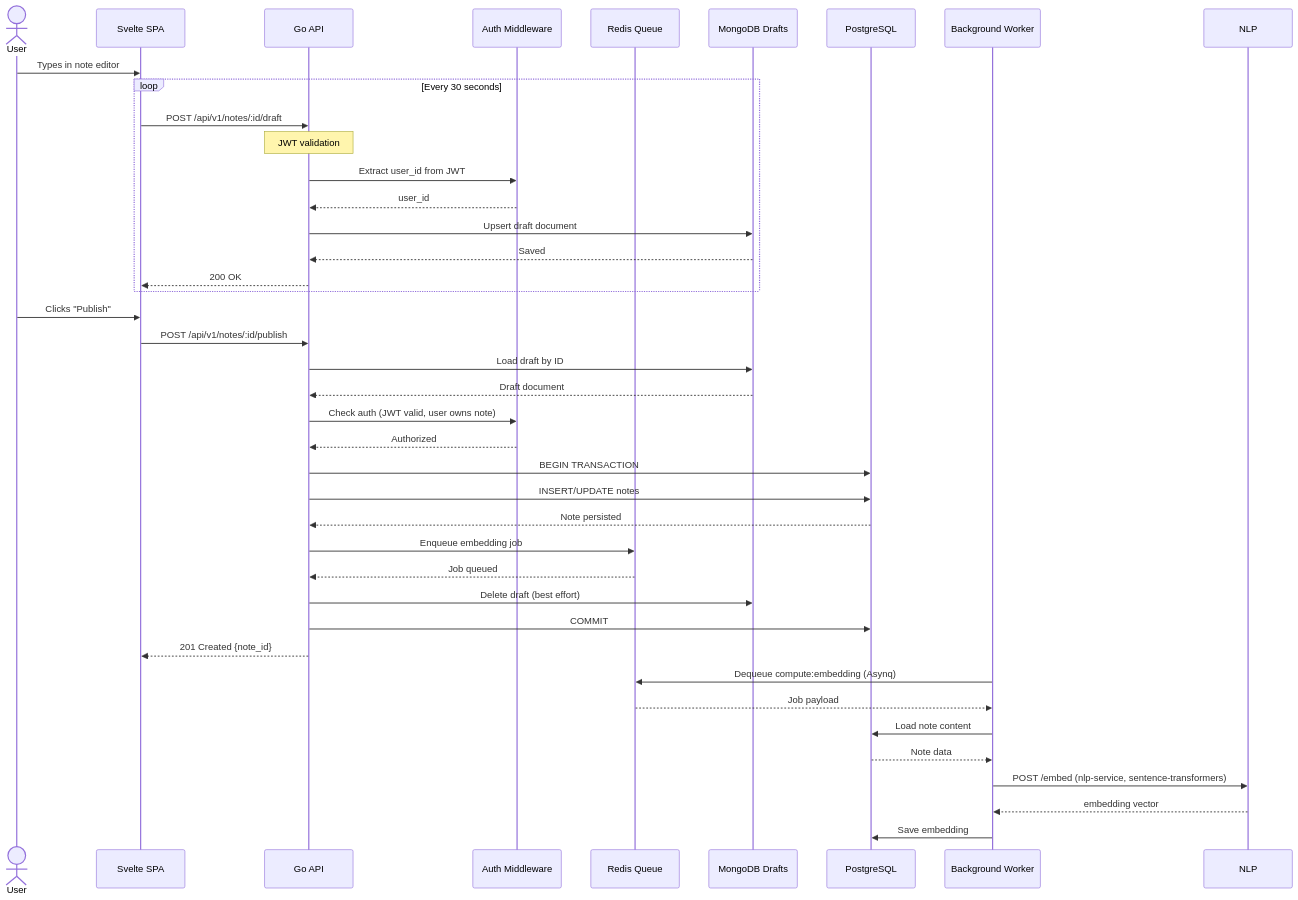
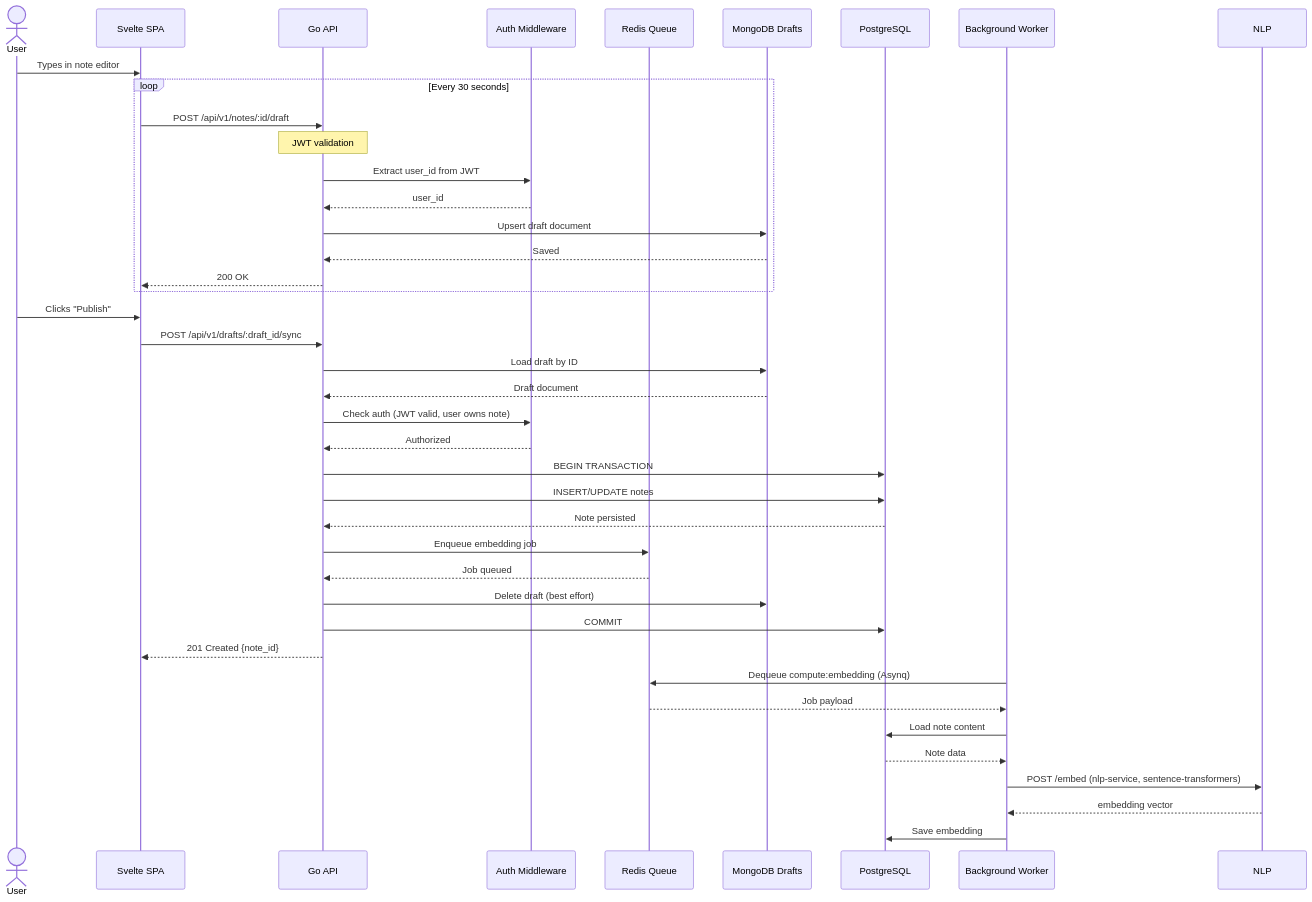
One commit to Killaret/knowledge-graph changed the second of 4 diagrams in docs/architecture/ARCHITECTURE_SUMMARY.md. Above: the diagram before and after it, drawn with Mermaid. The commit also changed other lines of this file and 21 other files, not shown here.

````diff
--- a/docs/architecture/ARCHITECTURE_SUMMARY.md
+++ b/docs/architecture/ARCHITECTURE_SUMMARY.md
@@ -74,49 +74,49 @@
 ```mermaid
 sequenceDiagram
     actor User
     participant Browser as Svelte SPA
     participant API as Go API
     participant Auth as Auth Middleware
     participant Redis as Redis Queue
     participant Mongo as MongoDB Drafts
     participant Postgres as PostgreSQL
     participant Worker as Background Worker
 
     User->>Browser: Types in note editor
     loop Every 30 seconds
         Browser->>API: POST /api/v1/notes/:id/draft
         Note over API: JWT validation
         API->>Auth: Extract user_id from JWT
         Auth-->>API: user_id
         API->>Mongo: Upsert draft document
         Mongo-->>API: Saved
         API-->>Browser: 200 OK
     end
 
     User->>Browser: Clicks "Publish"
-    Browser->>API: POST /api/v1/notes/:id/publish
+    Browser->>API: POST /api/v1/drafts/:draft_id/sync
     API->>Mongo: Load draft by ID
     Mongo-->>API: Draft document
     
     API->>Auth: Check auth (JWT valid, user owns note)
     Auth-->>API: Authorized
     
     API->>Postgres: BEGIN TRANSACTION
     API->>Postgres: INSERT/UPDATE notes
     Postgres-->>API: Note persisted
     
     API->>Redis: Enqueue embedding job
     Redis-->>API: Job queued
     API->>Mongo: Delete draft (best effort)
     API->>Postgres: COMMIT
     
     API-->>Browser: 201 Created {note_id}
     
     Worker->>Redis: Dequeue compute:embedding (Asynq)
     Redis-->>Worker: Job payload
     Worker->>Postgres: Load note content
     Postgres-->>Worker: Note data
     Worker->>NLP: POST /embed (nlp-service, sentence-transformers)
     NLP-->>Worker: embedding vector
     Worker->>Postgres: Save embedding
 ```
````
